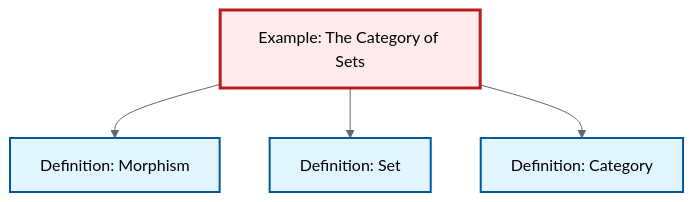
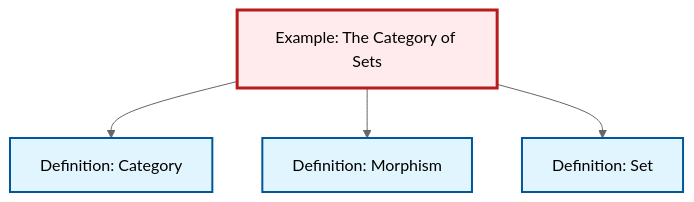
One commit to RK0429/ModernMath changed the diagram in content/ja/category-theory/ex-set-category.qmd. Above: the diagram before and after it, drawn with Mermaid (neutral theme). The commit also changed other lines of this file and 554 other files, not shown here.

````diff
--- a/content/ja/category-theory/ex-set-category.qmd
+++ b/content/ja/category-theory/ex-set-category.qmd
@@ -69,20 +69,20 @@
 ```{mermaid}
 %%| fig-cap: "Local dependency graph"
 graph TD
     classDef definition fill:#e1f5fe,stroke:#01579b,stroke-width:2px
     classDef theorem fill:#f3e5f5,stroke:#4a148c,stroke-width:2px
     classDef axiom fill:#fff3e0,stroke:#e65100,stroke-width:2px
     classDef example fill:#e8f5e9,stroke:#1b5e20,stroke-width:2px
     classDef current fill:#ffebee,stroke:#b71c1c,stroke-width:3px
-    def-morphism["Definition: Morphism"]:::definition
     def-set["Definition: Set"]:::definition
     ex-set-category["Example: The Category of Sets"]:::example
+    def-morphism["Definition: Morphism"]:::definition
     def-category["Definition: Category"]:::definition
+    ex-set-category --> def-category
     ex-set-category --> def-morphism
     ex-set-category --> def-set
-    ex-set-category --> def-category
     class ex-set-category current
+    click def-set "def-set.html" "Definition: Setへ"
     click def-morphism "def-morphism.html" "Definition: Morphismへ"
-    click def-set "def-set.html" "Definition: Setへ"
     click def-category "def-category.html" "Definition: Categoryへ"
 ```
````
